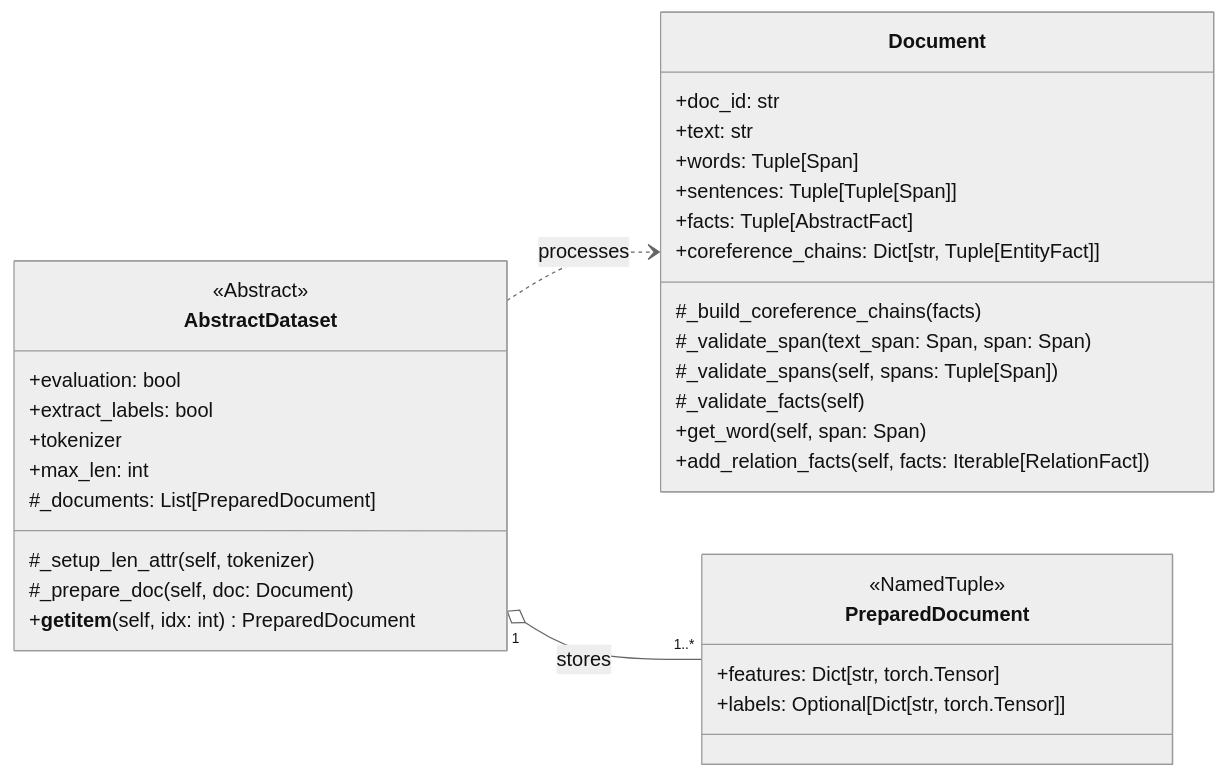
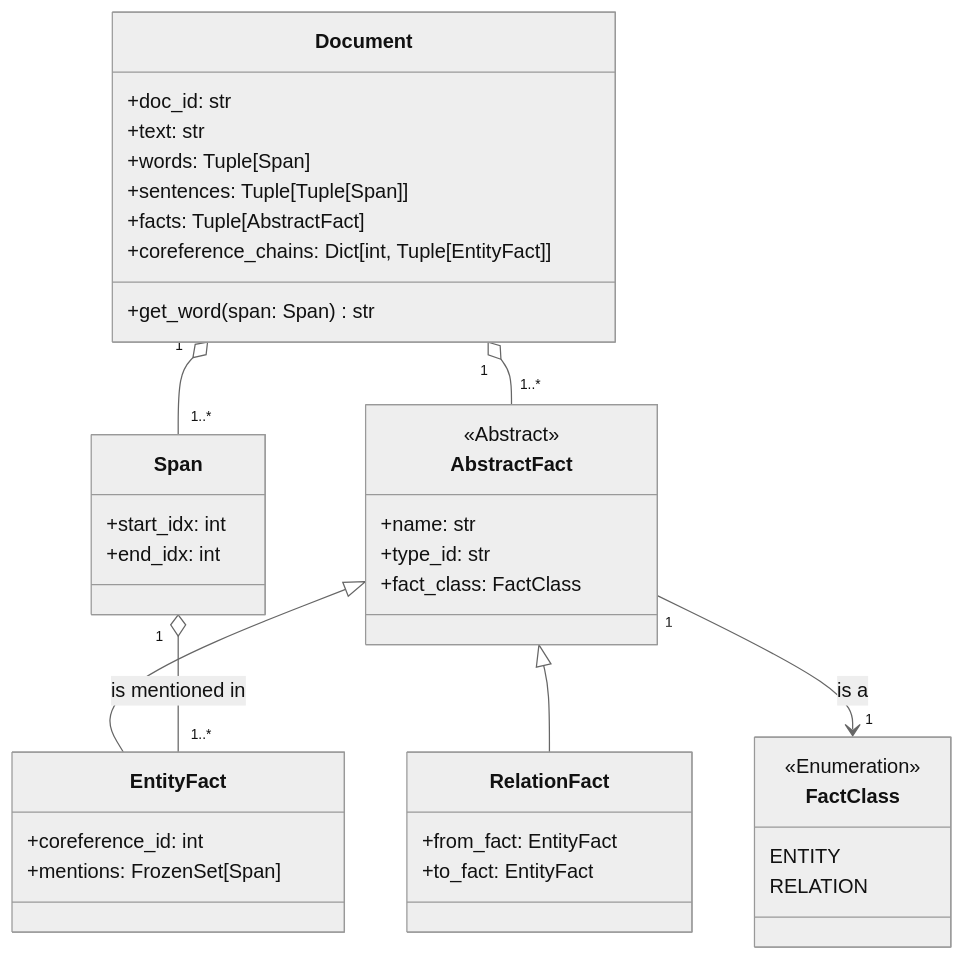
Before and after one commit to phos-phophy/creed: the third of 3 diagrams in README.md, drawn with Mermaid (neutral theme). The commit also changed other lines of this file, not shown here.

````diff
--- a/README.md
+++ b/README.md
@@ -149,38 +134,49 @@
 ```mermaid
 classDiagram
-direction LR
+direction TB
+
+   Document "1" o-- "1..*" AbstractFact
+   Document "1" o-- "1..*" Span
+   AbstractFact <|-- EntityFact
+   AbstractFact <|-- RelationFact
+   Span "1" o-- "1..*" EntityFact : is mentioned in
+   AbstractFact "1" --> "1" FactClass : is a
+   
    class Document{
       +doc_id: str
       +text: str
       +words: Tuple[Span]
       +sentences: Tuple[Tuple[Span]]
       +facts: Tuple[AbstractFact]
-      +coreference_chains: Dict[str, Tuple[EntityFact]]
-      #_build_coreference_chains(facts)
-      #_validate_span(text_span: Span, span: Span)
-      #_validate_spans(self, spans: Tuple[Span])
-      #_validate_facts(self)
-      +get_word(self, span: Span)
-      +add_relation_facts(self, facts: Iterable[RelationFact])
+      +coreference_chains: Dict[int, Tuple[EntityFact]]
+      +get_word(span: Span) str
    }
    
-   class AbstractDataset{
-      <<Abstract>>
-      +evaluation: bool
-      +extract_labels: bool
-      +tokenizer
-      +max_len: int
-      #_documents: List[PreparedDocument]
-      #_setup_len_attr(self, tokenizer)
-      #_prepare_doc(self, doc: Document)
-      +__getitem__(self, idx: int) PreparedDocument
+   class Span:::rect{
+      +start_idx: int
+      +end_idx: int
    }
-   AbstractDataset ..> Document : processes
-   AbstractDataset "1" o-- "1..*" PreparedDocument : stores
    
-   class PreparedDocument{
-      <<NamedTuple>>
-      +features: Dict[str, torch.Tensor]
-      +labels: Optional[Dict[str, torch.Tensor]]
+   class FactClass{
+      <<Enumeration>>
+      ENTITY
+      RELATION
+   }
+
+   class AbstractFact{
+      <<Abstract>> 
+      +name: str
+      +type_id: str
+      +fact_class: FactClass
+   }
+   
+   class EntityFact{
+      +coreference_id: int
+      +mentions: FrozenSet[Span]
+   }
+   
+   class RelationFact{
+      +from_fact: EntityFact
+      +to_fact: EntityFact
    }
 ```
````
